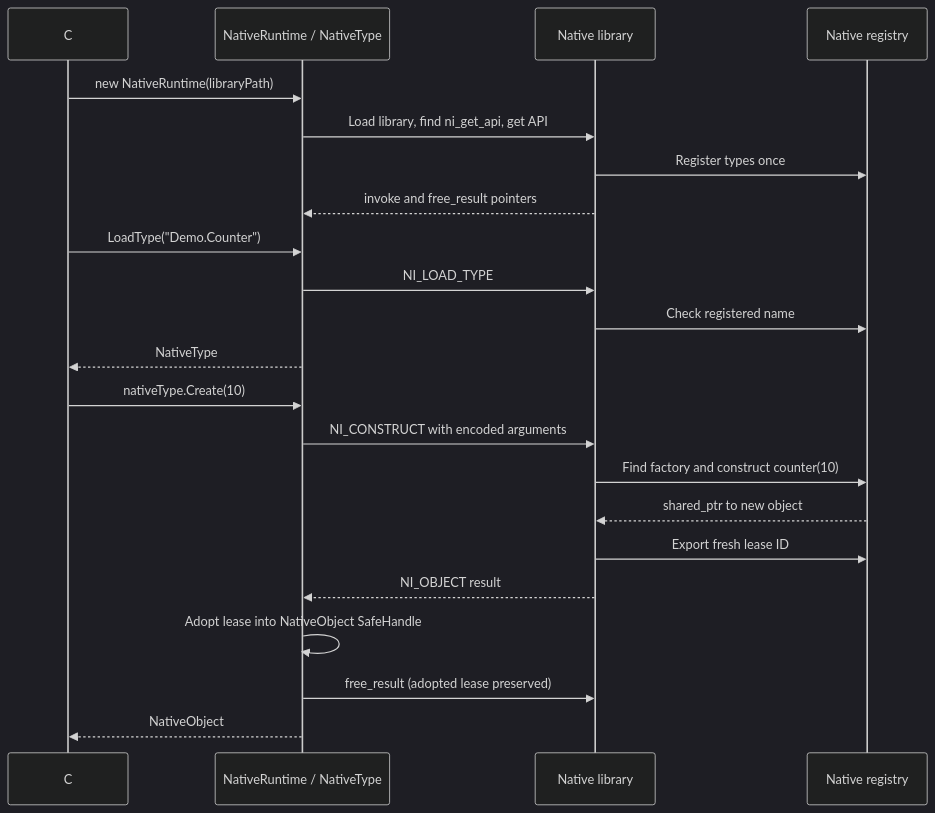
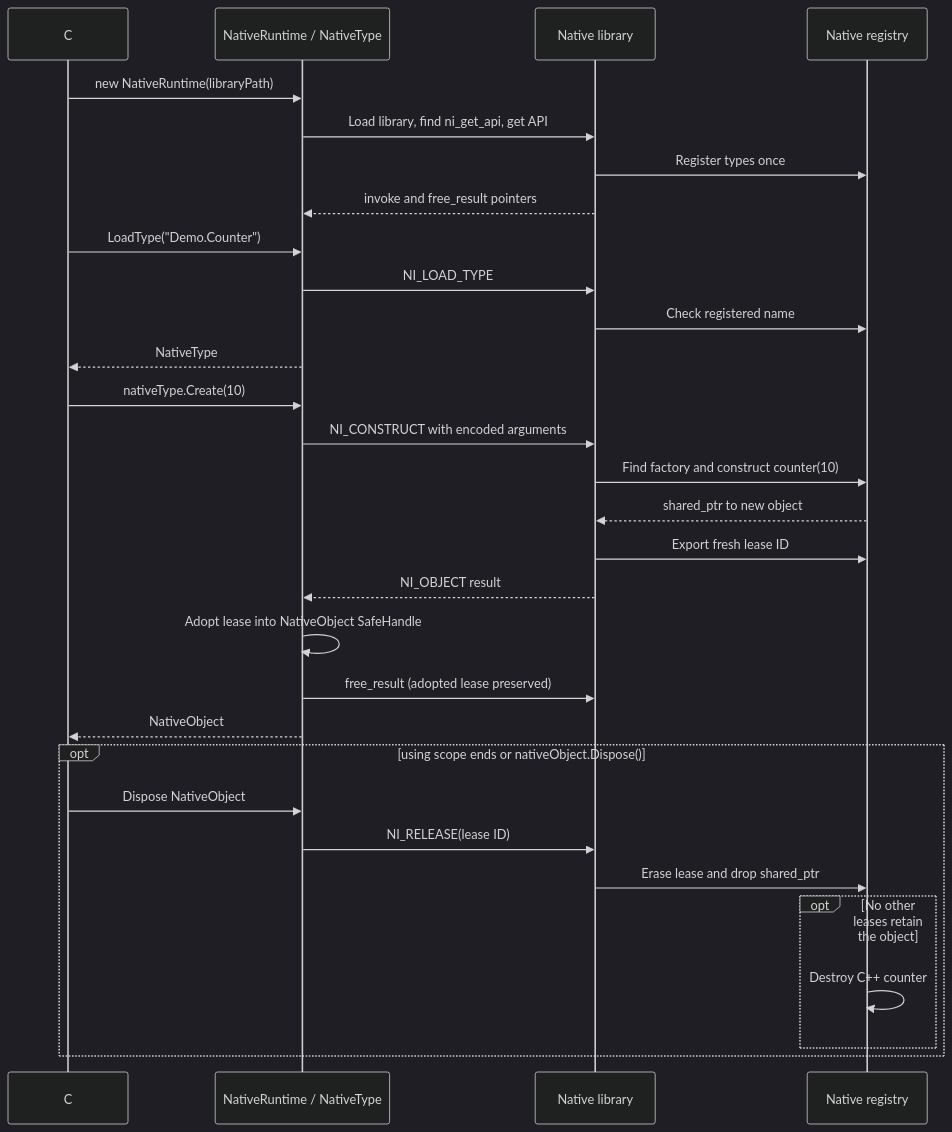
One commit to thms0x/hostfxr-interop changed the second of 3 diagrams in managed_to_umanaged/README.md. Above: the diagram before and after it, drawn with Mermaid (dark theme). The commit also changed other lines of this file and 2 other files, not shown here.

Commit message:
Document object creation and release flows

````diff
--- a/managed_to_umanaged/README.md
+++ b/managed_to_umanaged/README.md
@@ -148,24 +152,32 @@
 ```mermaid
 sequenceDiagram
     participant App as C# application
     participant Managed as NativeRuntime / NativeType
     participant Plugin as Native library
     participant Registry as Native registry
     App->>Managed: new NativeRuntime(libraryPath)
     Managed->>Plugin: Load library, find ni_get_api, get API
     Plugin->>Registry: Register types once
     Plugin-->>Managed: invoke and free_result pointers
     App->>Managed: LoadType("Demo.Counter")
     Managed->>Plugin: NI_LOAD_TYPE
     Plugin->>Registry: Check registered name
     Managed-->>App: NativeType
     App->>Managed: nativeType.Create(10)
     Managed->>Plugin: NI_CONSTRUCT with encoded arguments
     Plugin->>Registry: Find factory and construct counter(10)
     Registry-->>Plugin: shared_ptr to new object
     Plugin->>Registry: Export fresh lease ID
     Plugin-->>Managed: NI_OBJECT result
     Managed->>Managed: Adopt lease into NativeObject SafeHandle
     Managed->>Plugin: free_result (adopted lease preserved)
     Managed-->>App: NativeObject
+    opt using scope ends or nativeObject.Dispose()
+        App->>Managed: Dispose NativeObject
+        Managed->>Plugin: NI_RELEASE(lease ID)
+        Plugin->>Registry: Erase lease and drop shared_ptr
+        opt No other leases retain the object
+            Registry->>Registry: Destroy C++ counter
+        end
+    end
 ```
````
